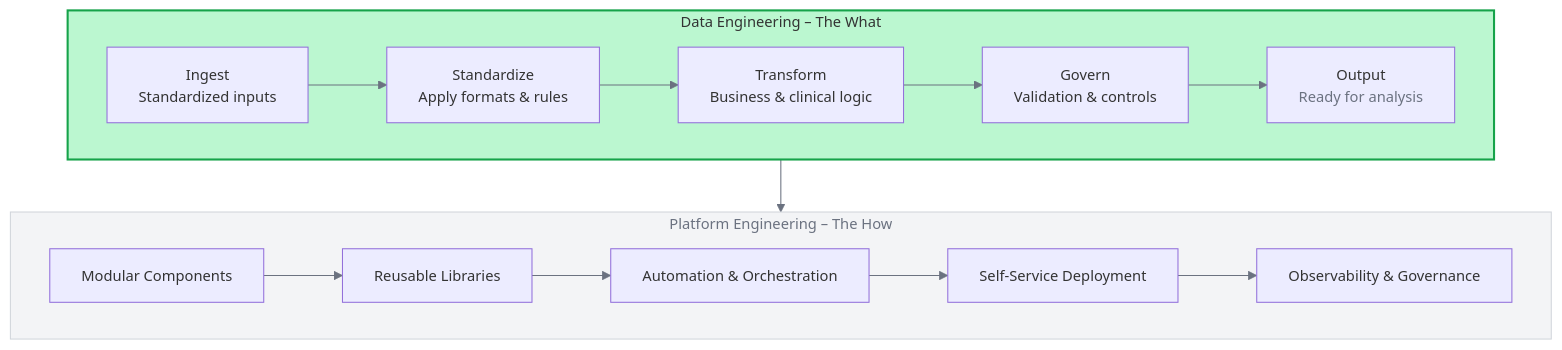
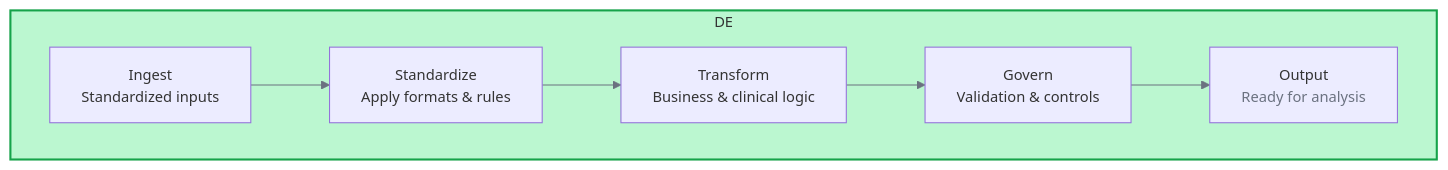
One commit to mlogan914/mlogan914.github.io changed the first of 5 diagrams in _posts/2025-08-27-fragmented-data-flows-to-governed-data-pipelines.md.md. Above: the diagram before and after it, drawn with Mermaid.

Commit message:
Updating article

````diff
--- a/_posts/2025-08-27-fragmented-data-flows-to-governed-data-pipelines.md.md
+++ b/_posts/2025-08-27-fragmented-data-flows-to-governed-data-pipelines.md.md
@@ -42,23 +43,10 @@
 ```mermaid
 %%{init: { 'theme': 'default', 'themeVariables': { 'fontSize': '14px', 'primaryColor': '#d1fae5', 'secondaryColor': '#f9fafb', 'primaryTextColor': '#064e3b', 'secondaryTextColor': '#6b7280', 'lineColor': '#6b7280', 'tertiaryColor': '#f3f4f6' }}}%%
 flowchart TB
     %% Top layer: Data Engineering
-    subgraph DE[Data Engineering – The What]
+    subgraph DE
       direction LR
       ING[Ingest<br><span style="color:#6b7280;">Standardized inputs</span>] --> STD[Standardize<br><span style="color:#6b7280;">Apply formats & rules</span>] --> TRF[Transform<br><span style="color:#6b7280;">Business & clinical logic</span>] --> GOV[Govern<br><span style="color:#6b7280;">Validation & controls</span>] --> OUT[Output<br><span style="color:#6b7280;">Ready for analysis</span>]
     end
-
-    %% Bottom layer: Platform Engineering
-    subgraph PE[Platform Engineering – The How]
-      direction LR
-      MOD[Modular Components] --> LIB[Reusable Libraries] --> AUTO[Automation & Orchestration] --> SELF[Self-Service Deployment] --> OBS[Observability & Governance]
-    end
-
-    %% Positioning: Stack layers vertically
-    DE --> PE
-
-    %% Styling
     style DE fill:#bbf7d0,stroke:#16a34a,stroke-width:2px
-    style PE fill:#f3f4f6,stroke:#d1d5db,stroke-width:1px,color:#6b7280
-
 ```
````
